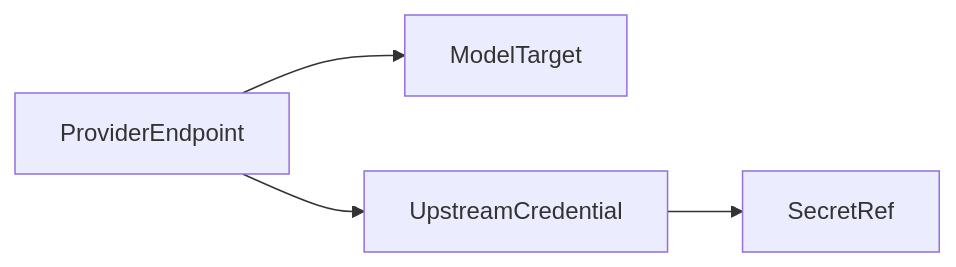
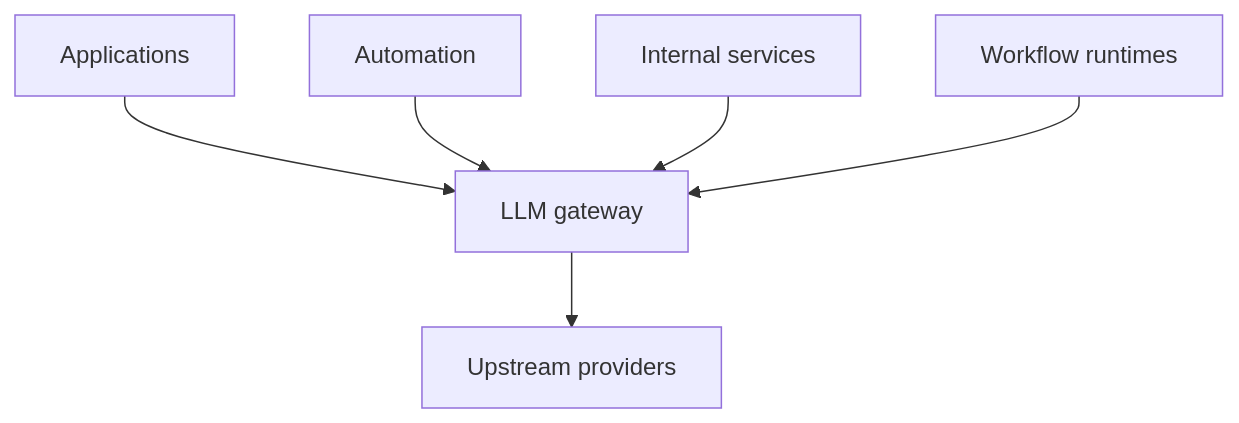
Before and after one commit to Wh1isper/starweaver-platform: the first of 3 diagrams in spec/gateway/01-llm-gateway.md, drawn with Mermaid. The commit also changed other lines of this file and 19 other files, not shown here.

````diff
--- a/spec/gateway/01-llm-gateway.md
+++ b/spec/gateway/01-llm-gateway.md
@@ -67,11 +81,15 @@
 ```mermaid
-flowchart LR
-    endpoint[ProviderEndpoint]
-    target[ModelTarget]
-    credential[UpstreamCredential]
-    secret[SecretRef]
+flowchart TD
+    app[Applications]
+    automation[Automation]
+    service[Internal services]
+    workflow[Workflow runtimes]
+    gateway[LLM gateway]
+    providers[Upstream providers]
 
-    endpoint --> target
-    endpoint --> credential
-    credential --> secret
+    app --> gateway
+    automation --> gateway
+    service --> gateway
+    workflow --> gateway
+    gateway --> providers
 ```
````
